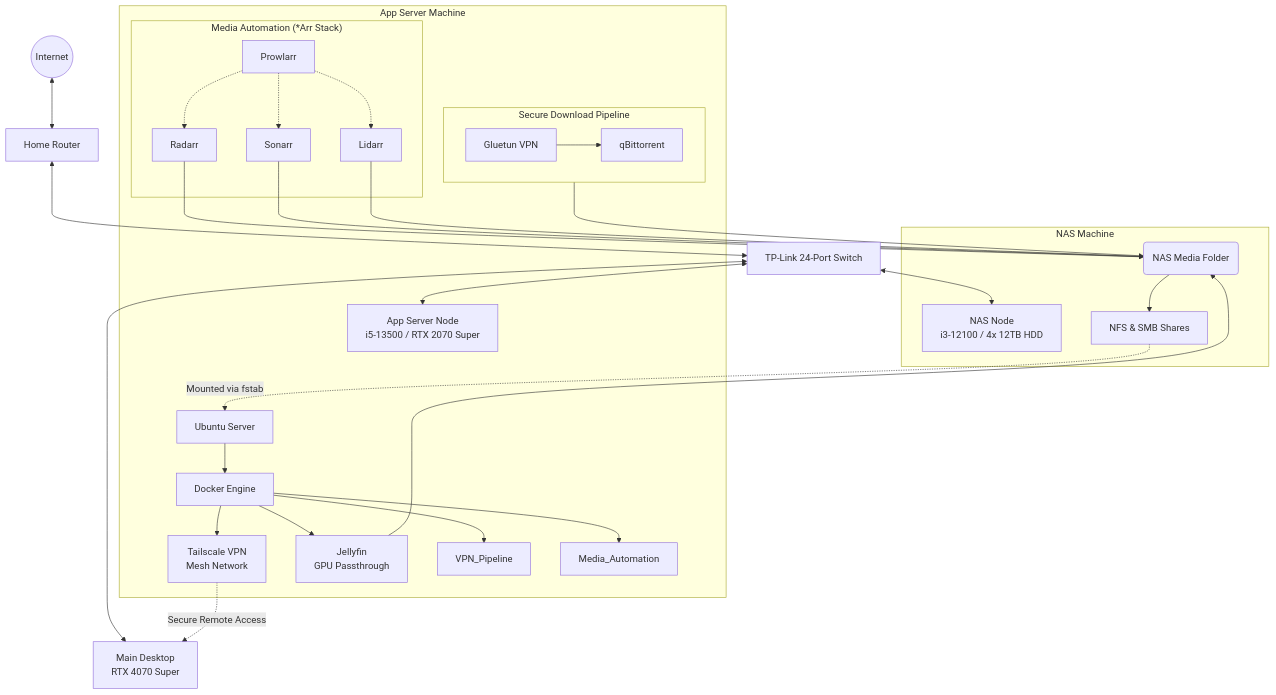
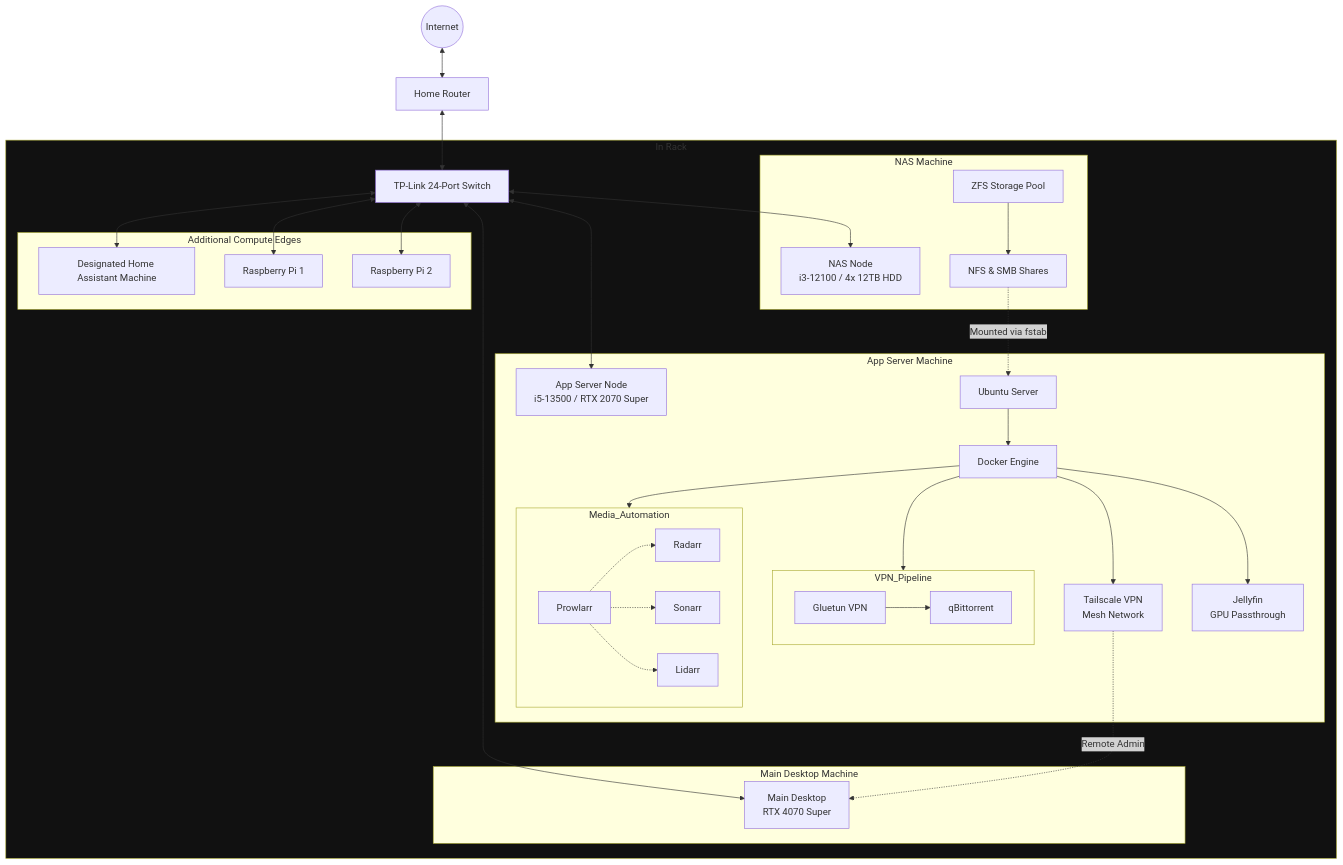
Before and after one commit to CHammerData/Home_Lab_Setup: the diagram in README.md, drawn with Mermaid. The commit also changed other lines of this file, not shown here.

Commit message:
mermaid update

````diff
--- a/README.md
+++ b/README.md
@@ -9,50 +9,63 @@
 ```mermaid
 graph TD
     Internet((Internet)) <--> Router[Home Router]
     Router <--> Switch[TP-Link 24-Port Switch]
 
     Switch <--> Desktop[Main Desktop\nRTX 4070 Super]
     Switch <--> NAS[NAS Node\ni3-12100 / 4x 12TB HDD]
     Switch <--> AppServer[App Server Node\ni5-13500 / RTX 2070 Super]
+    Switch <--> Designated_HA[Designated Home Assistant Machine]
+    Switch <--> RPI1[Raspberry Pi 1]
+    Switch <--> RPI2[Raspberry Pi 2]
 
-    subgraph NAS Machine
-        NAS
-        Storage[ZFS Storage Pool]
-        Shares[NFS & SMB Shares]
-        Storage --> Shares
+    subgraph Rack [In Rack]
+        Switch
+
+        subgraph NAS Machine
+            NAS
+            Storage[ZFS Storage Pool]
+            Shares[NFS & SMB Shares]
+            Storage --> Shares
+
+        end
+
+        subgraph App Server Machine
+            AppServer
+            OS[Ubuntu Server]
+            Docker[Docker Engine]
+            OS --> Docker
+
+            Tailscale[Tailscale VPN\nMesh Network]
+            Jellyfin[Jellyfin\nGPU Passthrough]
+
+            subgraph VPN_Pipeline
+                Gluetun[Gluetun VPN] --> qBit[qBittorrent]
+            end
+
+            subgraph Media_Automation
+                Prowlarr -.-> Radarr
+                Prowlarr -.-> Sonarr
+                Prowlarr -.-> Lidarr
+            end
+
+            Docker --> Tailscale
+            Docker --> Jellyfin
+            Docker --> VPN_Pipeline
+            Docker --> Media_Automation
+        end
+
+        subgraph Main Desktop Machine
+            Desktop
+        end
+
+        subgraph Additional Compute Edges
+            Designated_HA
+            RPI1
+            RPI2
+        end
+
+        Shares -.->|Mounted via fstab| OS
+        Tailscale -.->|Remote Admin| Desktop
     end
-
-    subgraph App Server Machine
-        AppServer
-        OS[Ubuntu Server]
-        Docker[Docker Engine]
-        OS --> Docker
-        
-        Tailscale[Tailscale VPN\nMesh Network]
-        Jellyfin[Jellyfin\nGPU Passthrough]
-        
-        subgraph "Secure Download Pipeline"
-            direction LR
-            Gluetun[Gluetun VPN] --> qBit[qBittorrent]
-        end
-        
-        subgraph "Media Automation (*Arr Stack)"
-            Prowlarr -.-> Radarr
-            Prowlarr -.-> Sonarr
-            Prowlarr -.-> Lidarr
-        end
-        
-        Docker --> Tailscale
-        Docker --> Jellyfin
-        Docker --> VPN_Pipeline
-        Docker --> Media_Automation
-    end
-
-    Shares -.->|Mounted via fstab| OS
-    Tailscale -.->|Secure Remote Access| Desktop
-    qBit --> Storage(NAS Downloads Folder)
-    Radarr --> Storage
-    Sonarr --> Storage
-    Lidarr --> Storage
-    Jellyfin --> Storage(NAS Media Folder)
+    style Rack fill: #111111
 ```
````
